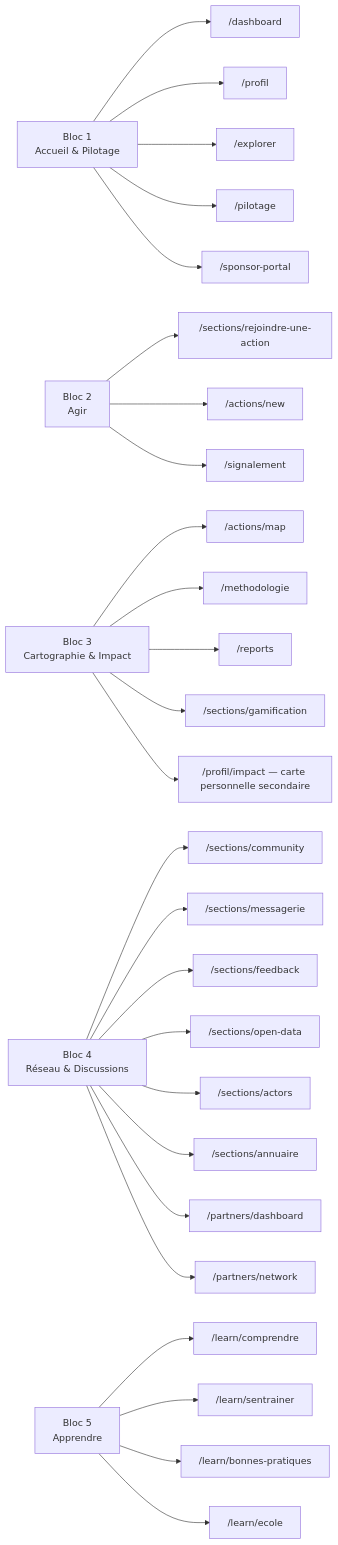
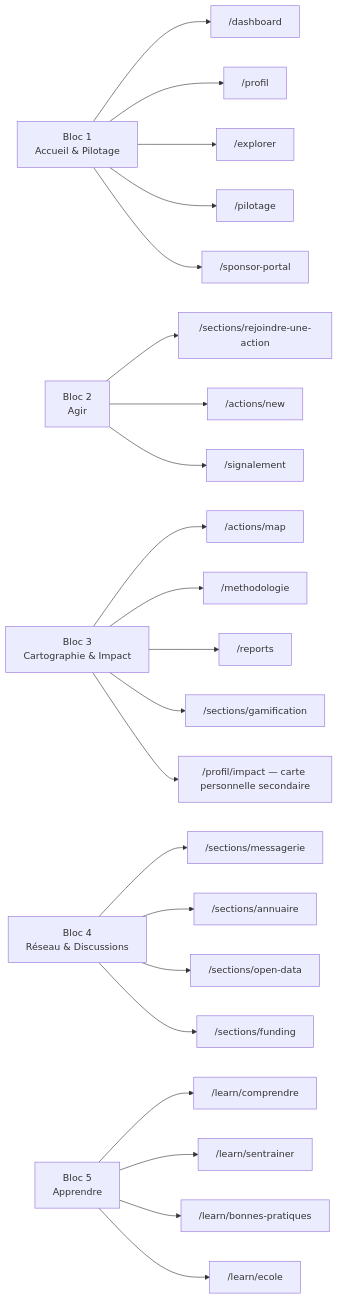
The diagram in documentation/product/matrice-rubriques.md (maxd4/CleanmyMap), drawn with Mermaid before and after one commit. The commit also changed other lines of this file and 10 other files, not shown here.

````diff
--- a/documentation/product/matrice-rubriques.md
+++ b/documentation/product/matrice-rubriques.md
@@ -5,38 +5,34 @@
 ```mermaid
 flowchart LR
   B1["Bloc 1\nAccueil & Pilotage"]
   B2["Bloc 2\nAgir"]
   B3["Bloc 3\nCartographie & Impact"]
   B4["Bloc 4\nRéseau & Discussions"]
   B5["Bloc 5\nApprendre"]
 
   B1 --> DASH["/dashboard"]
   B1 --> PROFIL["/profil"]
   B1 --> EXPLORER["/explorer"]
   B1 --> PIL["/pilotage"]
   B1 --> SPONSOR["/sponsor-portal"]
 
   B2 --> FORM["/sections/rejoindre-une-action"]
   B2 --> NEW["/actions/new"]
   B2 --> SIGNAL["/signalement"]
 
   B3 --> MAP["/actions/map"]
   B3 --> METHODO["/methodologie"]
   B3 --> REP["/reports"]
   B3 --> BADGES["/sections/gamification"]
   B3 --> IMPACT["/profil/impact — carte personnelle secondaire"]
 
-  B4 --> COMM["/sections/community"]
   B4 --> MSG["/sections/messagerie"]
-  B4 --> FEEDBACK["/sections/feedback"]
+  B4 --> ANNUAIRE["/sections/annuaire"]
   B4 --> OPENDATA["/sections/open-data"]
-  B4 --> ACTORS["/sections/actors"]
-  B4 --> ANNUAIRE["/sections/annuaire"]
-  B4 --> PARTNERS["/partners/dashboard"]
-  B4 --> PARTNERS_ALIAS["/partners/network"]
+  B4 --> FUNDING["/sections/funding"]
 
   B5 --> COMPRENDRE["/learn/comprendre"]
   B5 --> QUIZ["/learn/sentrainer"]
   B5 --> PRATIQUES["/learn/bonnes-pratiques"]
   B5 --> ECOLE["/learn/ecole"]
 ```
````
